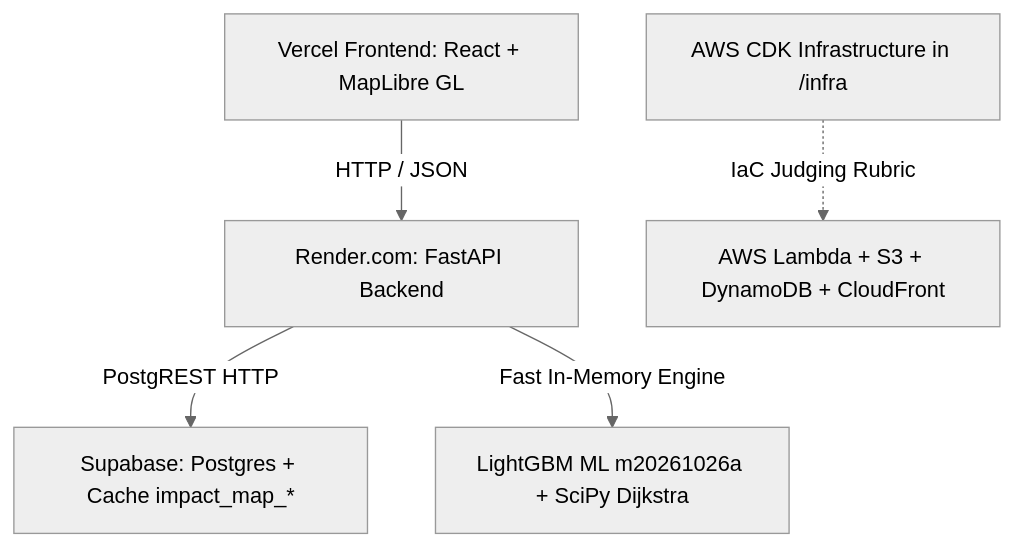
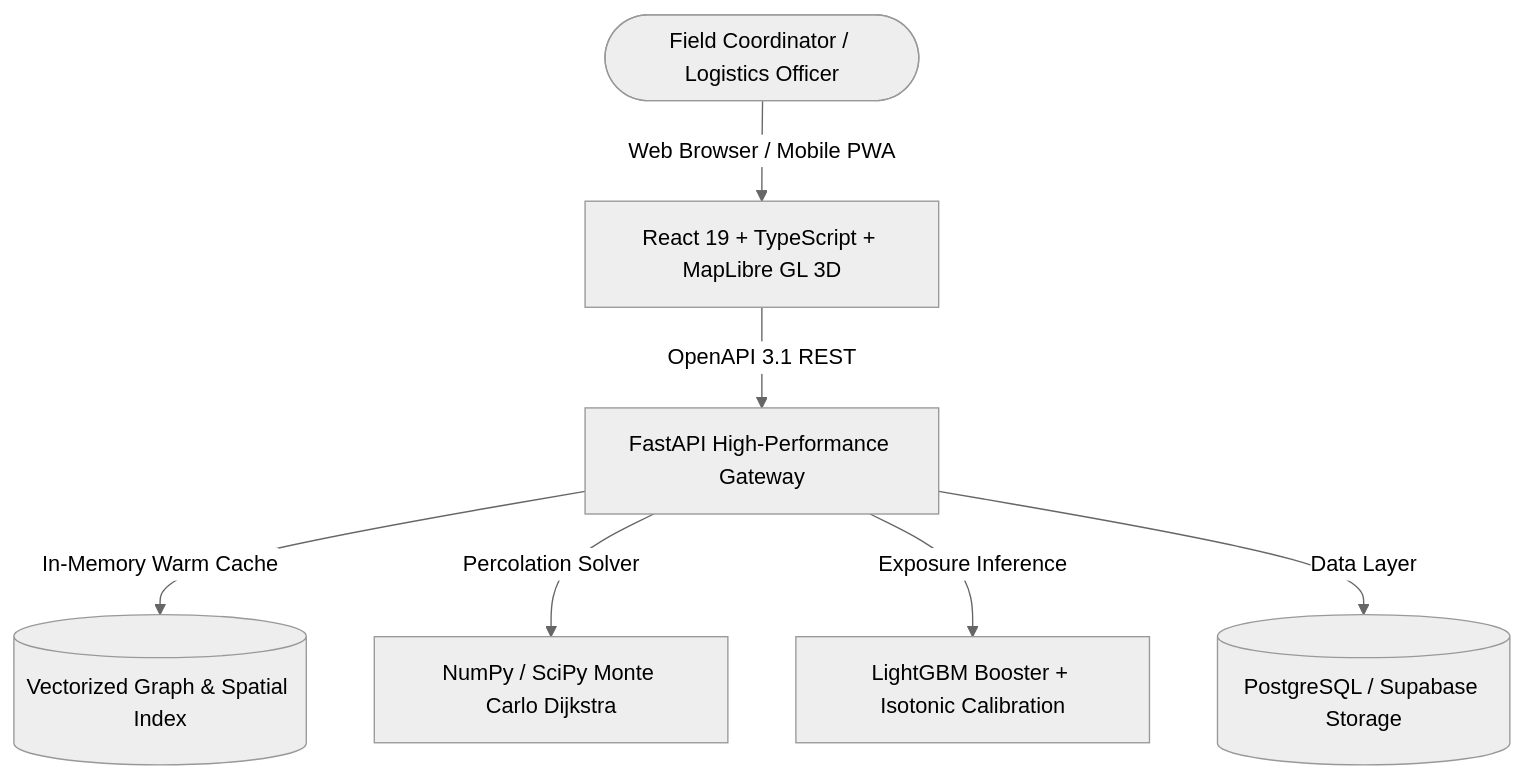
Before and after one commit to Dagim-Tadesse/Impact-Map-AI: the second of 2 diagrams in README.md, drawn with Mermaid (neutral theme). The commit also changed other lines of this file, not shown here.

Commit message:
docs: overhaul README with comprehensive architecture, data, and validation details without team divisions

````diff
--- a/README.md
+++ b/README.md
@@ -47,7 +143,9 @@
 ```mermaid
 graph TD
-    A[Vercel Frontend: React + MapLibre GL] -->|HTTP / JSON| B[Render.com: FastAPI Backend]
-    B -->|PostgREST HTTP| C[Supabase: Postgres + Cache impact_map_*]
-    B -->|Fast In-Memory Engine| D[LightGBM ML m20261026a + SciPy Dijkstra]
-    E[AWS CDK Infrastructure in /infra] -.->|IaC Judging Rubric| F[AWS Lambda + S3 + DynamoDB + CloudFront]
+    User([Field Coordinator / Logistics Officer]) -->|Web Browser / Mobile PWA| UI[React 19 + TypeScript + MapLibre GL 3D]
+    UI -->|OpenAPI 3.1 REST| API[FastAPI High-Performance Gateway]
+    API -->|In-Memory Warm Cache| Cache[(Vectorized Graph & Spatial Index)]
+    API -->|Percolation Solver| Engine[NumPy / SciPy Monte Carlo Dijkstra]
+    API -->|Exposure Inference| Model[LightGBM Booster + Isotonic Calibration]
+    API -->|Data Layer| Storage[(PostgreSQL / Supabase Storage)]
 ```
````
